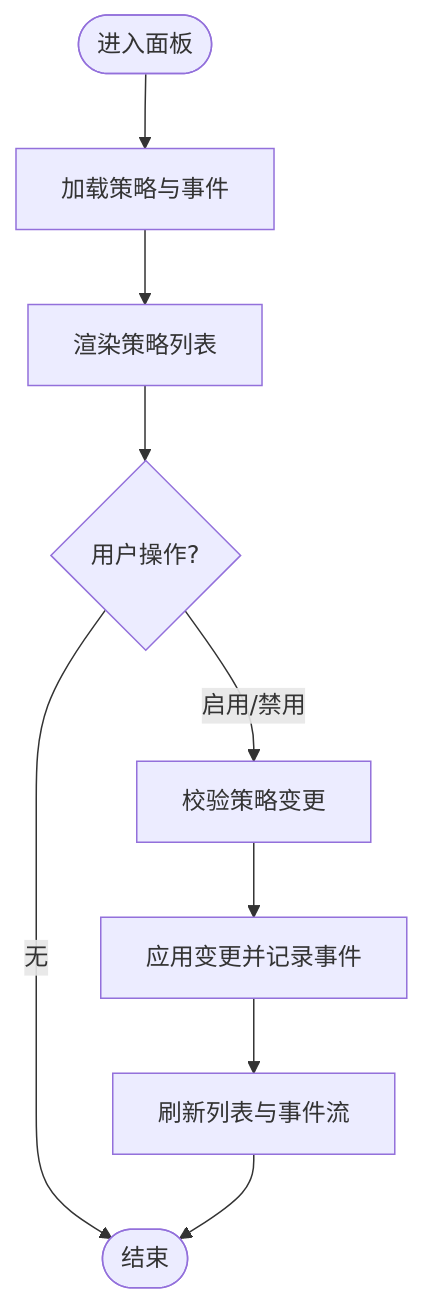
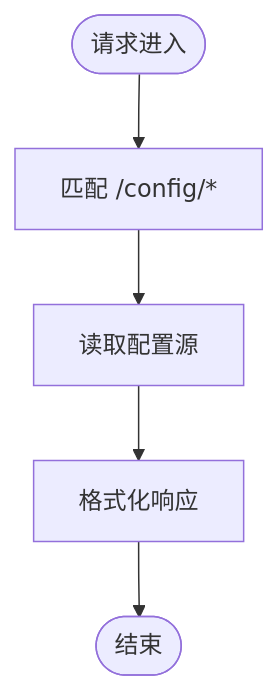
One commit to Maki3991/study-PactLedger changed the seventh of 9 diagrams in .qoder/repowiki/zh/content/API参考文档/API参考文档.md. Above: the diagram before and after it, drawn with Mermaid. The commit also changed other lines of this file and 8 other files, not shown here.

````diff
--- a/.qoder/repowiki/zh/content/API参考文档/API参考文档.md
+++ b/.qoder/repowiki/zh/content/API参考文档/API参考文档.md
@@ -216,11 +300,7 @@
 ```mermaid
 flowchart TD
-Start(["进入面板"]) --> Load["加载策略与事件"]
-Load --> Render["渲染策略列表"]
-Render --> UserAction{"用户操作?"}
-UserAction --> |启用/禁用| Validate["校验策略变更"]
-Validate --> Apply["应用变更并记录事件"]
-Apply --> Update["刷新列表与事件流"]
-UserAction --> |无| End(["结束"])
-Update --> End
+Start(["请求进入"]) --> MatchCfg["匹配 /config/*"]
+MatchCfg --> ReadCfg["读取配置源"]
+ReadCfg --> FormatResp["格式化响应"]
+FormatResp --> End(["结束"])
 ```
````
